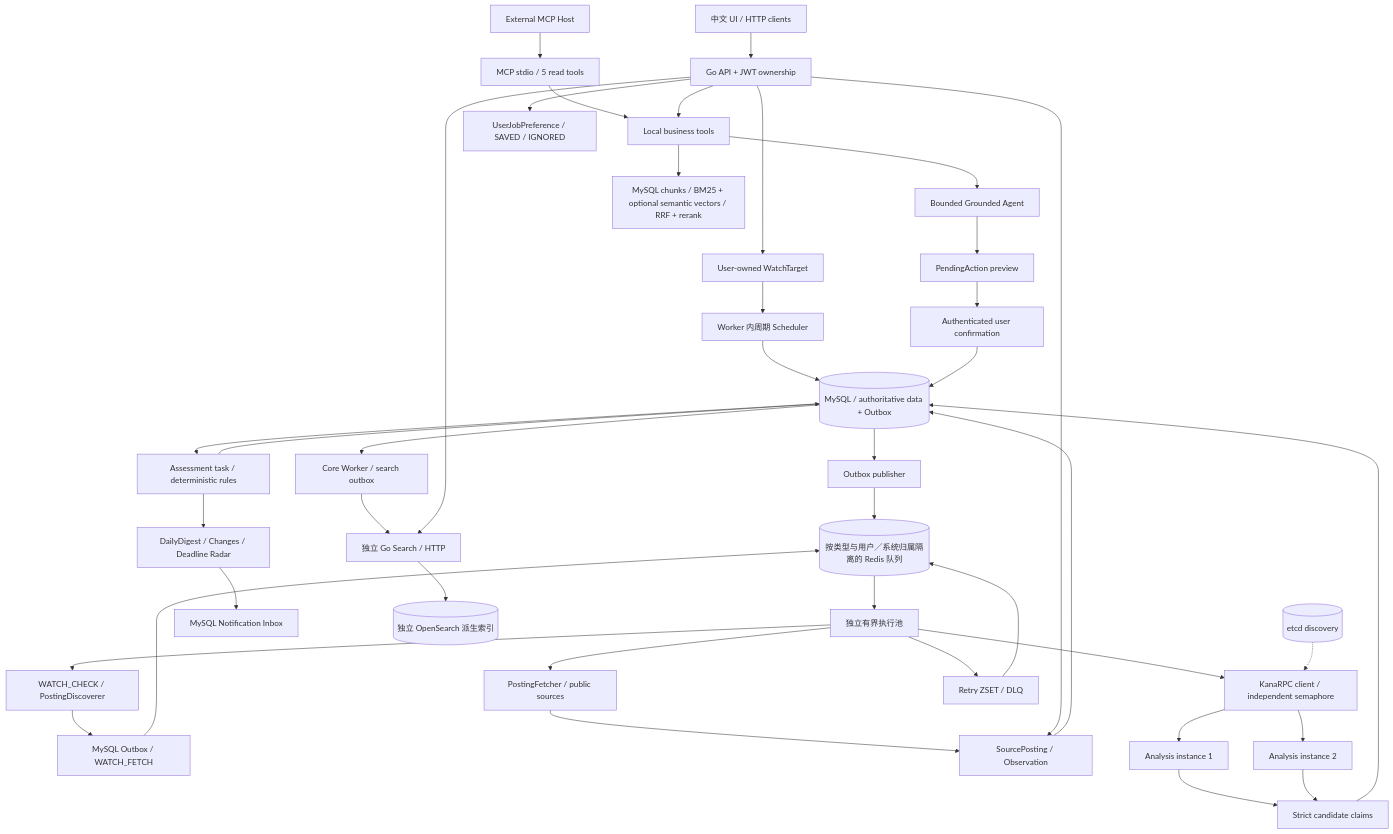
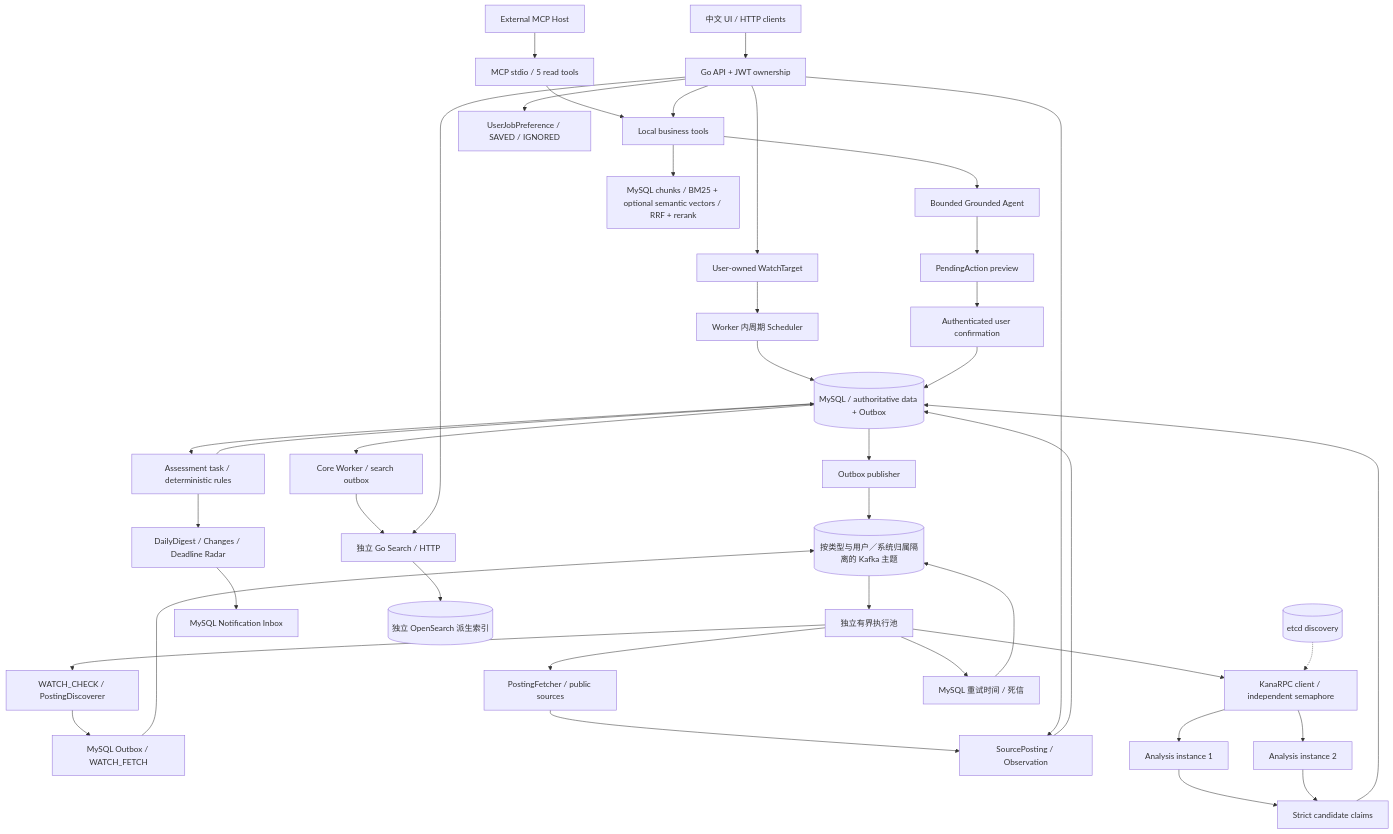
One commit to KanaDoodle/CampusTrace changed the diagram in docs/architecture.md. Above: the diagram before and after it, drawn with Mermaid. The commit also changed other lines of this file and 90 other files, not shown here.

````diff
--- a/docs/architecture.md
+++ b/docs/architecture.md
@@ -25,43 +25,43 @@
 ```mermaid
 flowchart TD
   UI[中文 UI / HTTP clients] --> API[Go API + JWT ownership]
   Host[External MCP Host] --> MCP[MCP stdio / 5 read tools]
   MCP --> Tools[Local business tools]
   API --> Tools
   API --> Watch[User-owned WatchTarget]
   Watch --> Scheduler[Worker 内周期 Scheduler]
   Scheduler --> DB
   Worker --> Discover[WATCH_CHECK / PostingDiscoverer]
   Discover --> Fanout[MySQL Outbox / WATCH_FETCH]
   Fanout --> Stream
   Worker --> Fetch[PostingFetcher / public sources]
   Fetch --> O[SourcePosting / Observation]
   API --> O
   Rules --> Radar[DailyDigest / Changes / Deadline Radar]
   Radar --> Inbox[MySQL Notification Inbox]
   API --> Preference[UserJobPreference / SAVED / IGNORED]
   O --> DB[(MySQL / authoritative data + Outbox)]
   DB --> SearchSync[Core Worker / search outbox]
   SearchSync --> Search[独立 Go Search / HTTP]
   API --> Search
   Search --> OS[(独立 OpenSearch 派生索引)]
   DB --> Publisher[Outbox publisher]
-  Publisher --> Stream[(按类型与用户／系统归属隔离的 Redis 队列)]
+  Publisher --> Stream[(按类型与用户／系统归属隔离的 Kafka 主题)]
   Stream --> Worker[独立有界执行池]
   Worker --> RPC[KanaRPC client / independent semaphore]
   Etcd[(etcd discovery)] -.-> RPC
   RPC --> A1[Analysis instance 1]
   RPC --> A2[Analysis instance 2]
   A1 --> Claims[Strict candidate claims]
   A2 --> Claims
   Claims --> DB
   DB --> Rules[Assessment task / deterministic rules]
   Rules --> DB
-  Worker --> Retry[Retry ZSET / DLQ]
+  Worker --> Retry[MySQL 重试时间 / 死信]
   Retry --> Stream
   Tools --> Agent[Bounded Grounded Agent]
   Agent --> Pending[PendingAction preview]
   Pending --> Confirm[Authenticated user confirmation]
   Confirm --> DB
   Tools --> RAG[MySQL chunks / BM25 + optional semantic vectors / RRF + rerank]
 ```
````
